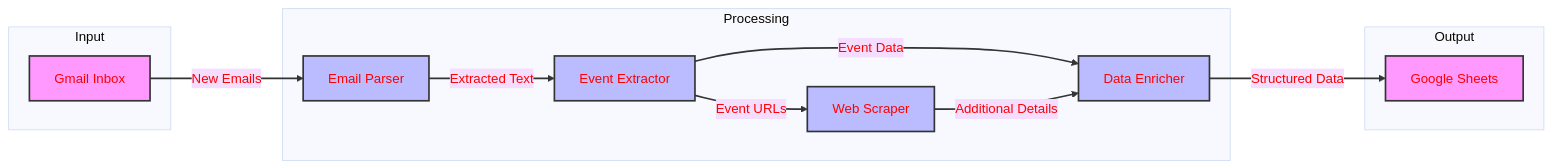
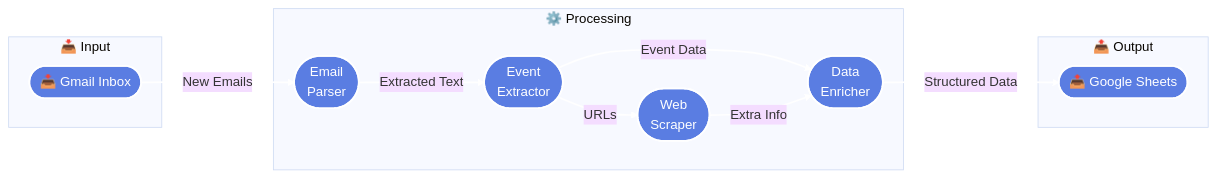
Before and after one commit to lauren-cordova/event-agent: the diagram in README.md, drawn with Mermaid (base theme).

Commit message:
Update README.md
Enhanced architecture diagram

````diff
--- a/README.md
+++ b/README.md
@@ -20,32 +20,33 @@
 ```mermaid
 flowchart LR
-    subgraph Input
-        G[Gmail Inbox]
+    subgraph Input [📥 Input]
+        G([📥 Gmail Inbox])
     end
 
-    subgraph Processing
-        E[Email Parser]
-        X[Event Extractor]
-        W[Web Scraper]
-        D[Data Enricher]
+    subgraph Processing [⚙️ Processing]
+        E([Email<br>Parser])
+        X([Event<br>Extractor])
+        W([Web<br>Scraper])
+        D([Data<br>Enricher])
     end
 
-    subgraph Output
-        S[Google Sheets]
+    subgraph Output [📤 Output]
+        S([📤 Google Sheets])
     end
 
     G -->|New Emails| E
     E -->|Extracted Text| X
     X -->|Event Data| D
-    X -->|Event URLs| W
-    W -->|Additional Details| D
+    X -->|URLs| W
+    W -->|Extra Info| D
     D -->|Structured Data| S
 
-    style G fill:#f9f,stroke:#333,stroke-width:2px,color:red
-    style E fill:#bbf,stroke:#333,stroke-width:2px,color:red
-    style X fill:#bbf,stroke:#333,stroke-width:2px,color:red
-    style W fill:#bbf,stroke:#333,stroke-width:2px,color:red
-    style D fill:#bbf,stroke:#333,stroke-width:2px,color:red
-    style S fill:#f9f,stroke:#333,stroke-width:2px,color:red
-    linkStyle default stroke:#333,stroke-width:2px,color:red
+    style G fill:#5a7de2,stroke:#fff,stroke-width:2px,color:#fff
+    style E fill:#5a7de2,stroke:#fff,stroke-width:2px,color:#fff
+    style X fill:#5a7de2,stroke:#fff,stroke-width:2px,color:#fff
+    style W fill:#5a7de2,stroke:#fff,stroke-width:2px,color:#fff
+    style D fill:#5a7de2,stroke:#fff,stroke-width:2px,color:#fff
+    style S fill:#5a7de2,stroke:#fff,stroke-width:2px,color:#fff
+
+    linkStyle default stroke:#fff,stroke-width:2px
 ```
````
